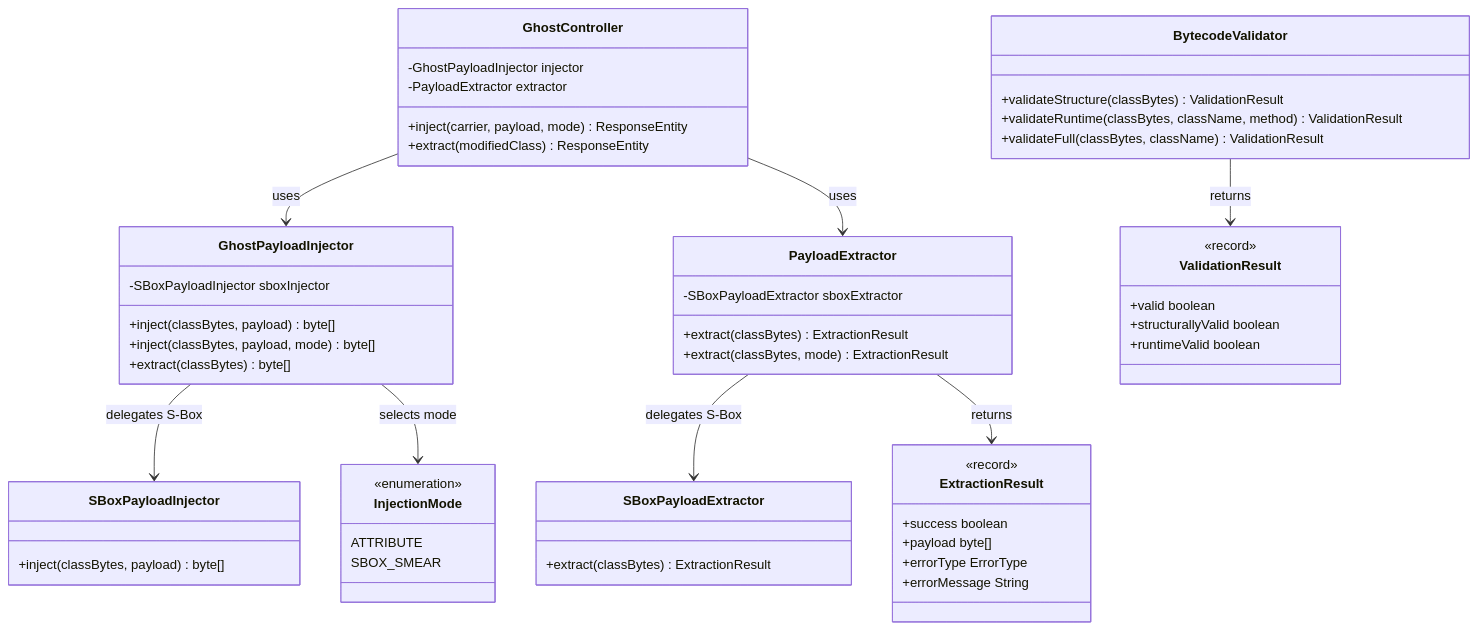
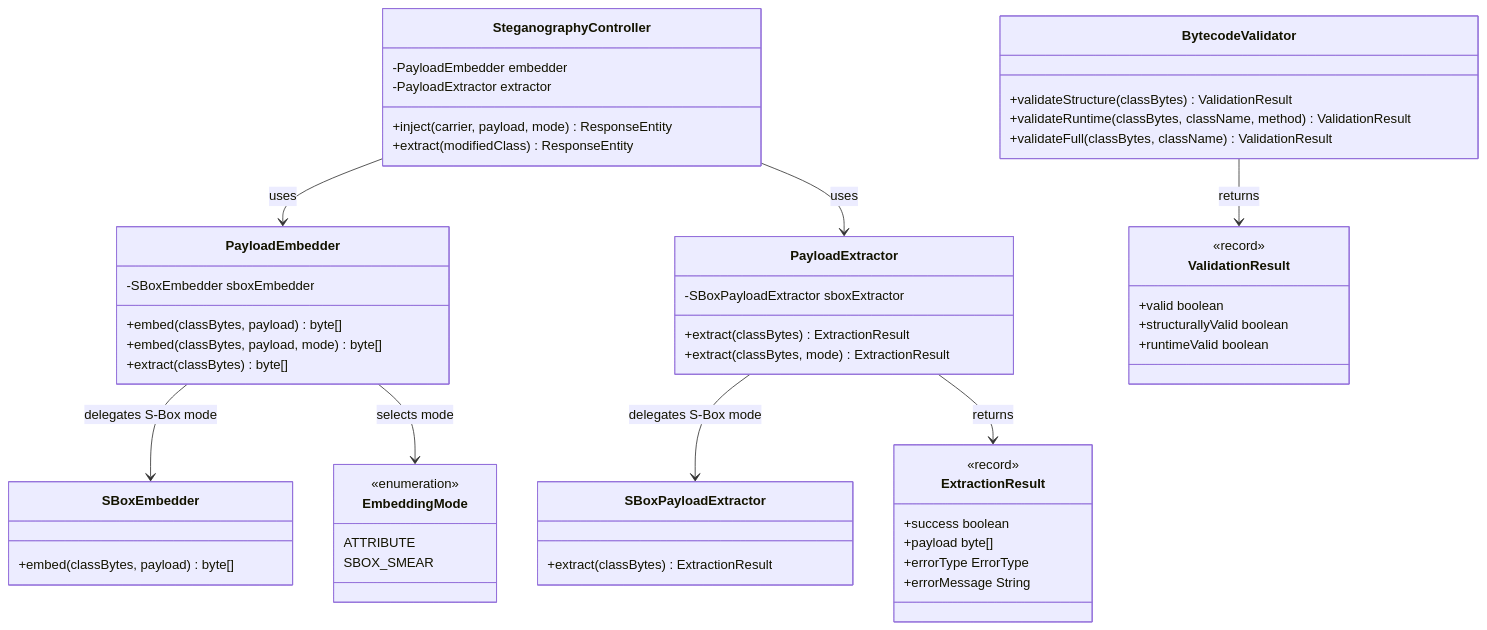
The fourth of 4 diagrams in docs/architecture.md (RohitBharadwaj-rvu/ghost-in-the-bytecode), drawn with Mermaid before and after one commit. The commit also changed other lines of this file and 1 other file, not shown here.

Commit message:
docs: rename to academic naming — ByteStego, PayloadEmbedder, SteganographyController

````diff
--- a/docs/architecture.md
+++ b/docs/architecture.md
@@ -79,65 +78,65 @@
 ```mermaid
 classDiagram
-    class GhostController {
-        -GhostPayloadInjector injector
+    class SteganographyController {
+        -PayloadEmbedder embedder
         -PayloadExtractor extractor
         +inject(carrier, payload, mode) ResponseEntity
         +extract(modifiedClass) ResponseEntity
     }
 
-    class GhostPayloadInjector {
-        -SBoxPayloadInjector sboxInjector
-        +inject(classBytes, payload) byte[]
-        +inject(classBytes, payload, mode) byte[]
+    class PayloadEmbedder {
+        -SBoxEmbedder sboxEmbedder
+        +embed(classBytes, payload) byte[]
+        +embed(classBytes, payload, mode) byte[]
         +extract(classBytes) byte[]
     }
 
-    class SBoxPayloadInjector {
-        +inject(classBytes, payload) byte[]
+    class SBoxEmbedder {
+        +embed(classBytes, payload) byte[]
     }
 
     class PayloadExtractor {
         -SBoxPayloadExtractor sboxExtractor
         +extract(classBytes) ExtractionResult
         +extract(classBytes, mode) ExtractionResult
     }
 
     class SBoxPayloadExtractor {
         +extract(classBytes) ExtractionResult
     }
 
     class BytecodeValidator {
         +validateStructure(classBytes) ValidationResult
         +validateRuntime(classBytes, className, method) ValidationResult
         +validateFull(classBytes, className) ValidationResult
     }
 
-    class InjectionMode {
+    class EmbeddingMode {
         <<enumeration>>
         ATTRIBUTE
         SBOX_SMEAR
     }
 
     class ExtractionResult {
         <<record>>
         +success boolean
         +payload byte[]
         +errorType ErrorType
         +errorMessage String
     }
 
     class ValidationResult {
         <<record>>
         +valid boolean
         +structurallyValid boolean
         +runtimeValid boolean
     }
 
-    GhostController --> GhostPayloadInjector : uses
-    GhostController --> PayloadExtractor : uses
-    GhostPayloadInjector --> SBoxPayloadInjector : delegates S-Box
-    GhostPayloadInjector --> InjectionMode : selects mode
-    PayloadExtractor --> SBoxPayloadExtractor : delegates S-Box
+    SteganographyController --> PayloadEmbedder : uses
+    SteganographyController --> PayloadExtractor : uses
+    PayloadEmbedder --> SBoxEmbedder : delegates S-Box mode
+    PayloadEmbedder --> EmbeddingMode : selects mode
+    PayloadExtractor --> SBoxPayloadExtractor : delegates S-Box mode
     PayloadExtractor --> ExtractionResult : returns
     BytecodeValidator --> ValidationResult : returns
 ```
````
